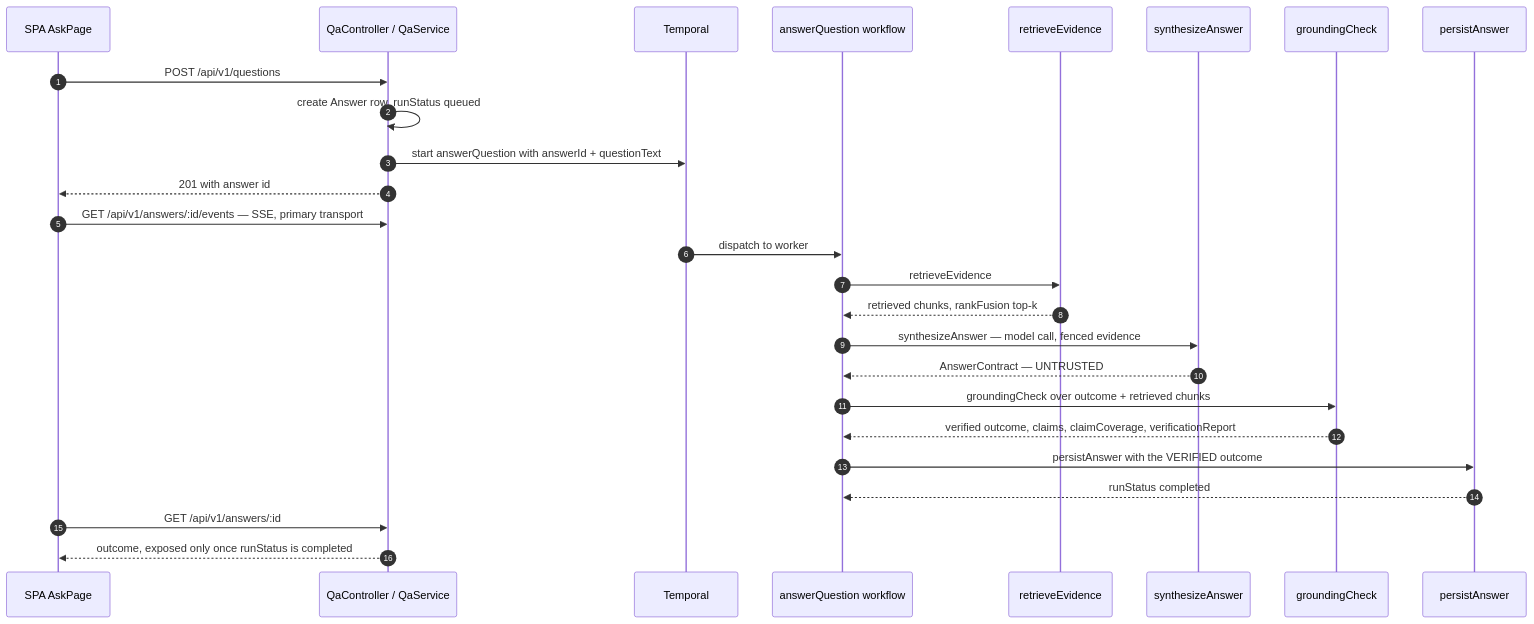
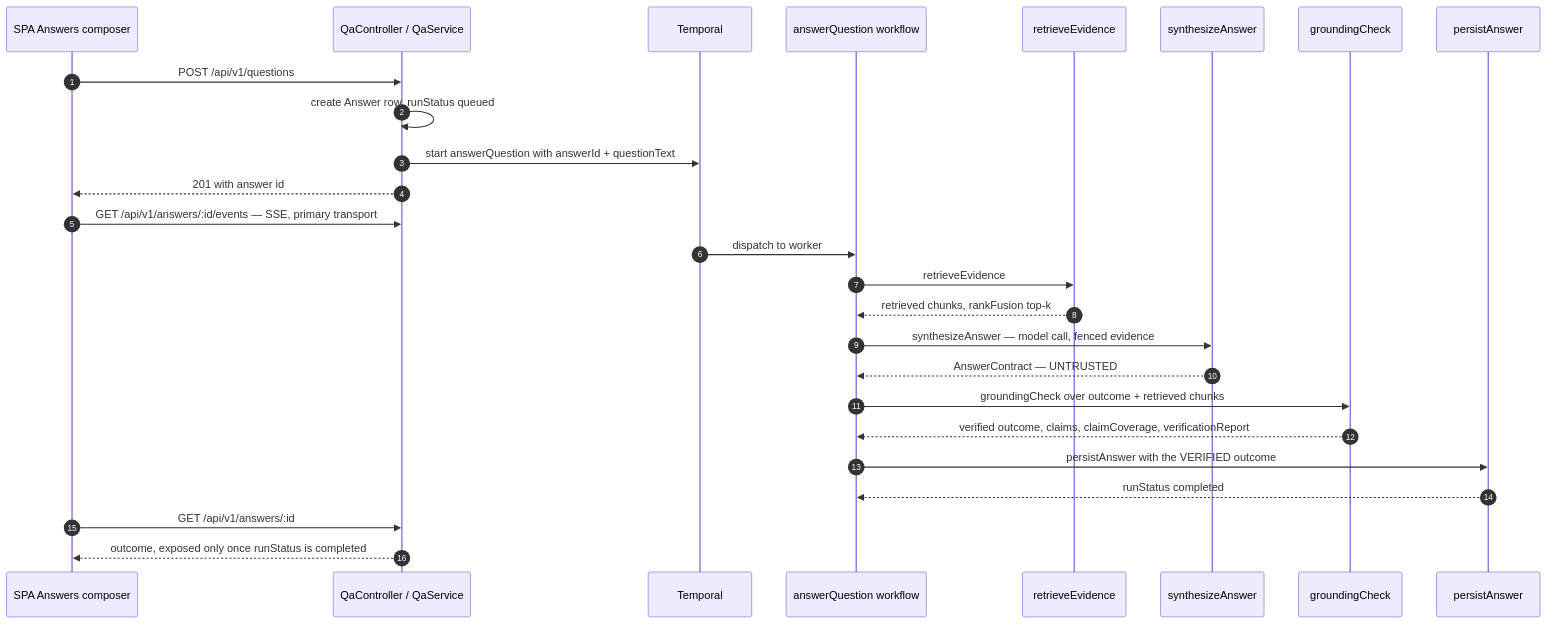
The second of 2 diagrams in docs/global/architecture.md (DannyTheHippo/evidence-ops), drawn with Mermaid before and after one commit. The commit also changed other lines of this file and 75 other files, not shown here.

````diff
--- a/docs/global/architecture.md
+++ b/docs/global/architecture.md
@@ -181,29 +181,29 @@
 ```mermaid
 sequenceDiagram
   autonumber
-  participant U as SPA AskPage
+  participant U as SPA Answers composer
   participant A as QaController / QaService
   participant T as Temporal
   participant W as answerQuestion workflow
   participant R as retrieveEvidence
   participant S as synthesizeAnswer
   participant G as groundingCheck
   participant P as persistAnswer
 
   U->>A: POST /api/v1/questions
   A->>A: create Answer row, runStatus queued
   A->>T: start answerQuestion with answerId + questionText
   A-->>U: 201 with answer id
   U->>A: GET /api/v1/answers/:id/events — SSE, primary transport
   T->>W: dispatch to worker
   W->>R: retrieveEvidence
   R-->>W: retrieved chunks, rankFusion top-k
   W->>S: synthesizeAnswer — model call, fenced evidence
   S-->>W: AnswerContract — UNTRUSTED
   W->>G: groundingCheck over outcome + retrieved chunks
   G-->>W: verified outcome, claims, claimCoverage, verificationReport
   W->>P: persistAnswer with the VERIFIED outcome
   P-->>W: runStatus completed
   U->>A: GET /api/v1/answers/:id
   A-->>U: outcome, exposed only once runStatus is completed
 ```
````
